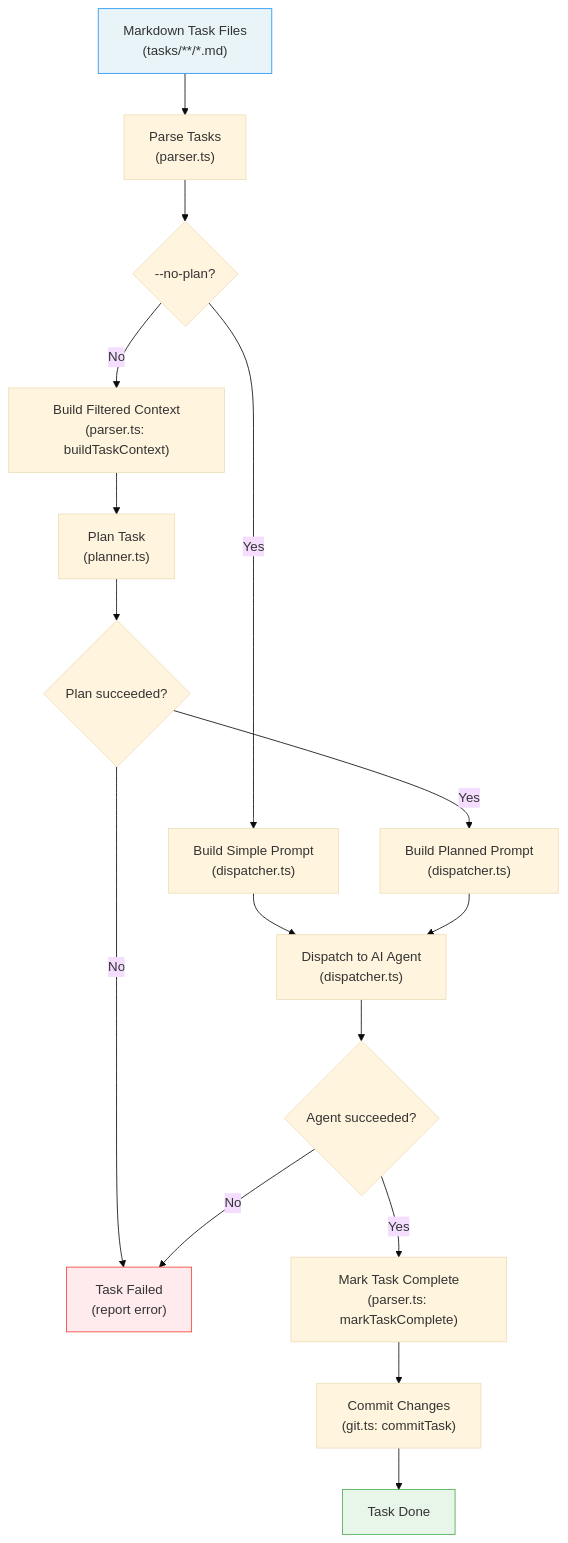
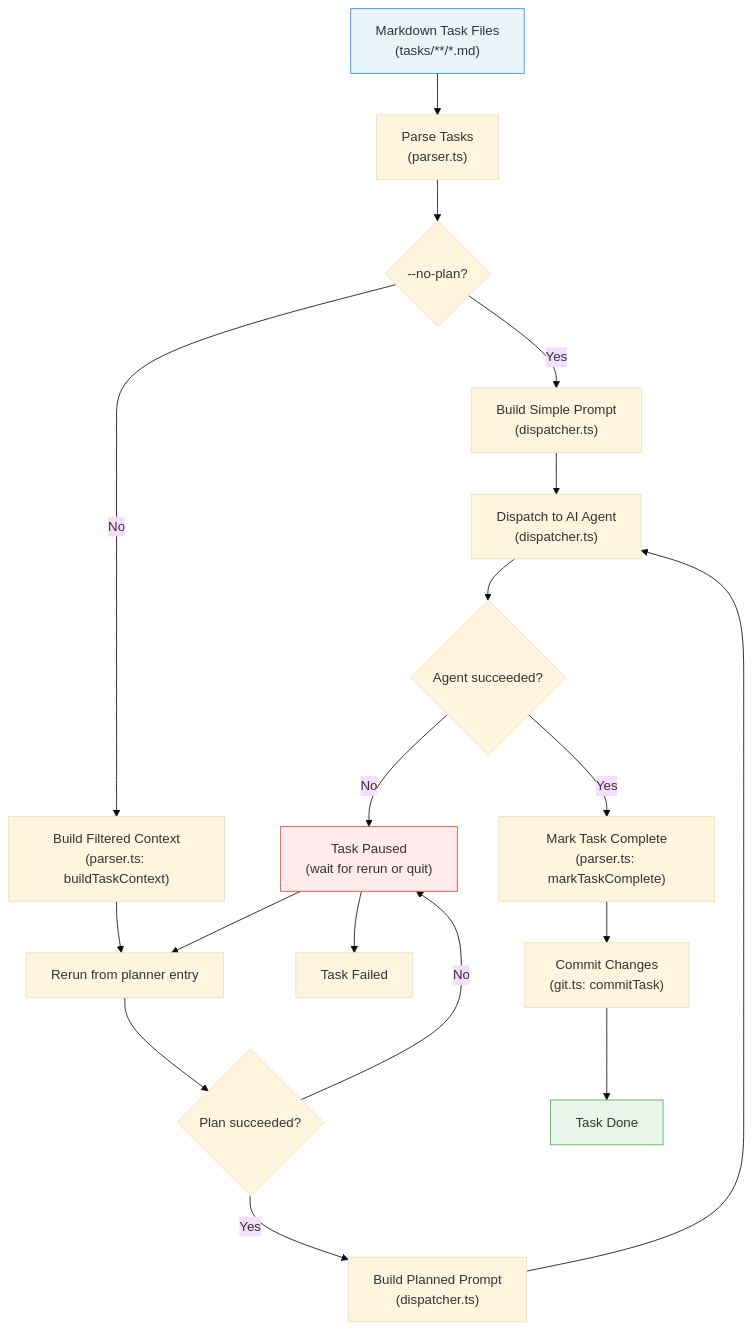
The first of 3 diagrams in docs/planning-and-dispatch/overview.md (PatrickRuddiman/Dispatch), drawn with Mermaid (base theme) before and after one commit. The commit also changed other lines of this file and 68 other files, not shown here.

````diff
--- a/docs/planning-and-dispatch/overview.md
+++ b/docs/planning-and-dispatch/overview.md
@@ -24,22 +24,24 @@
 ```mermaid
 flowchart TD
     A["Markdown Task Files<br/>(tasks/**/*.md)"] --> B["Parse Tasks<br/>(parser.ts)"]
     B --> C{"--no-plan?"}
     C -- "Yes" --> E["Build Simple Prompt<br/>(dispatcher.ts)"]
     C -- "No" --> D["Build Filtered Context<br/>(parser.ts: buildTaskContext)"]
     D --> F["Plan Task<br/>(planner.ts)"]
     F --> G{"Plan succeeded?"}
-    G -- "No" --> H["Task Failed<br/>(report error)"]
+    G -- "No" --> H["Task Paused<br/>(wait for rerun or quit)"]
     G -- "Yes" --> I["Build Planned Prompt<br/>(dispatcher.ts)"]
     E --> J["Dispatch to AI Agent<br/>(dispatcher.ts)"]
     I --> J
     J --> K{"Agent succeeded?"}
     K -- "No" --> H
+    H --> F["Rerun from planner entry"]
+    H --> Z["Task Failed"]
     K -- "Yes" --> L["Mark Task Complete<br/>(parser.ts: markTaskComplete)"]
     L --> M["Commit Changes<br/>(git.ts: commitTask)"]
     M --> N["Task Done"]
 
     style A fill:#e8f4f8,stroke:#2196F3
     style N fill:#e8f5e9,stroke:#4CAF50
     style H fill:#ffebee,stroke:#f44336
 ```
````
